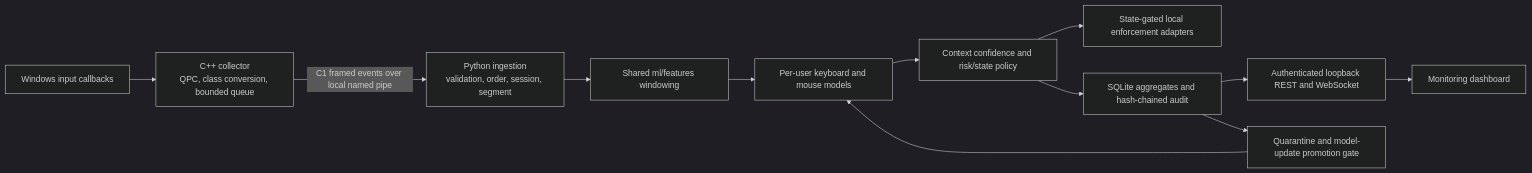
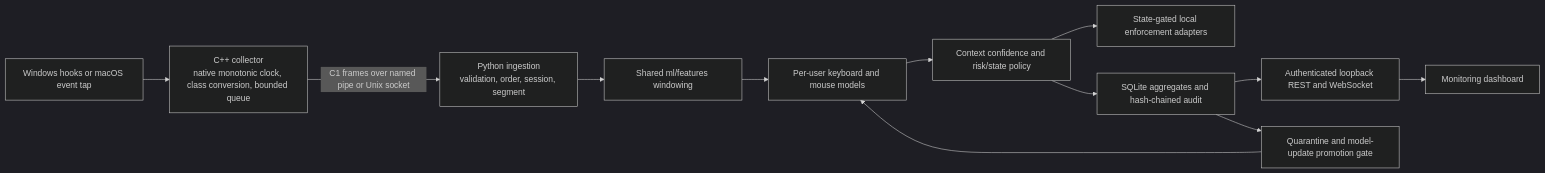
Before and after one commit to kanishjn8/continuous-auth: the diagram in docs/architecture.md, drawn with Mermaid (dark theme). The commit also changed other lines of this file and 48 other files, not shown here.

````diff
--- a/docs/architecture.md
+++ b/docs/architecture.md
@@ -9,14 +9,14 @@
 ```mermaid
 flowchart LR
-  OS["Windows input callbacks"] --> COL["C++ collector<br/>QPC, class conversion, bounded queue"]
-  COL -->|"C1 framed events over local named pipe"| ING["Python ingestion<br/>validation, order, session, segment"]
+  OS["Windows hooks or macOS event tap"] --> COL["C++ collector<br/>native monotonic clock, class conversion, bounded queue"]
+  COL -->|"C1 frames over named pipe or Unix socket"| ING["Python ingestion<br/>validation, order, session, segment"]
   ING --> FEAT["Shared ml/features windowing"]
   FEAT --> MODEL["Per-user keyboard and mouse models"]
   MODEL --> RISK["Context confidence and risk/state policy"]
   RISK --> ACT["State-gated local enforcement adapters"]
   RISK --> STORE["SQLite aggregates and hash-chained audit"]
   STORE --> API["Authenticated loopback REST and WebSocket"]
   API --> UI["Monitoring dashboard"]
   STORE --> UPDATE["Quarantine and model-update promotion gate"]
   UPDATE --> MODEL
 ```
````
